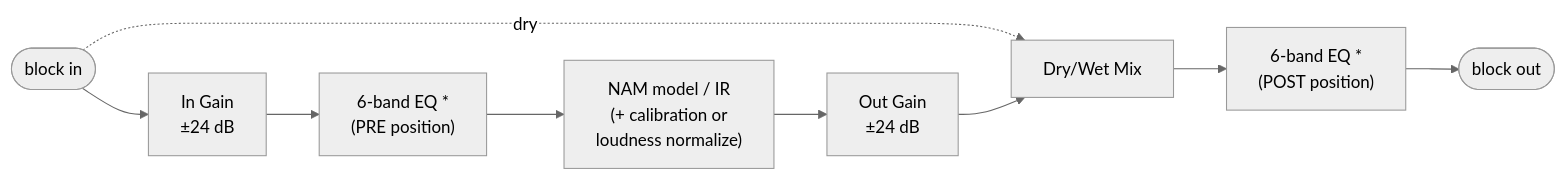
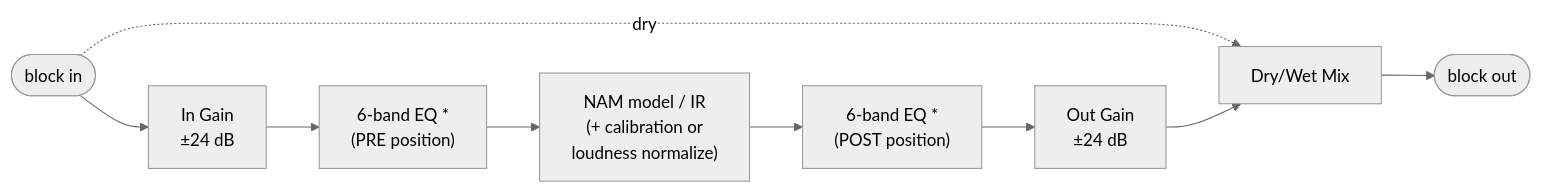
Before and after one commit to ship-guitar-clonetones/zynamfx: the second of 2 diagrams in README.md, drawn with Mermaid (neutral theme). The commit also changed other lines of this file, not shown here.

First line of the commit message:
docs: fix block signal-chain diagram — POST EQ runs before dry/wet mix

````diff
--- a/README.md
+++ b/README.md
@@ -267,11 +267,11 @@
 ```mermaid
 flowchart LR
     BIN([block in]) --> BIG["In Gain\n±24 dB"]
     BIN -. dry .-> MIX
     BIG --> PEQ["6-band EQ *\n(PRE position)"]
     PEQ --> MODEL["NAM model / IR\n(+ calibration or\nloudness normalize)"]
-    MODEL --> BOG["Out Gain\n±24 dB"]
+    MODEL --> BEQ["6-band EQ *\n(POST position)"]
+    BEQ --> BOG["Out Gain\n±24 dB"]
     BOG --> MIX["Dry/Wet Mix"]
-    MIX --> BEQ["6-band EQ *\n(POST position)"]
-    BEQ --> BOUT([block out])
+    MIX --> BOUT([block out])
 ```
````
